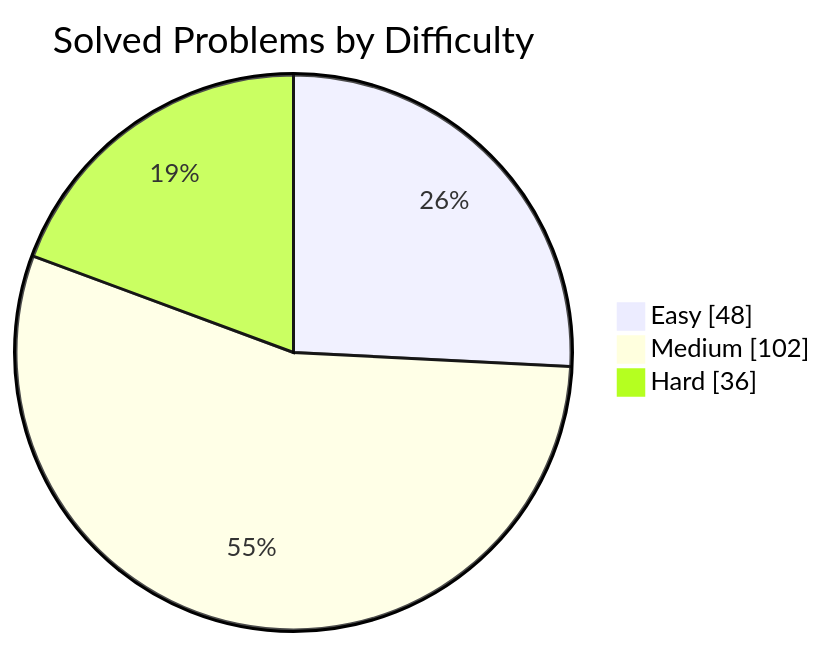
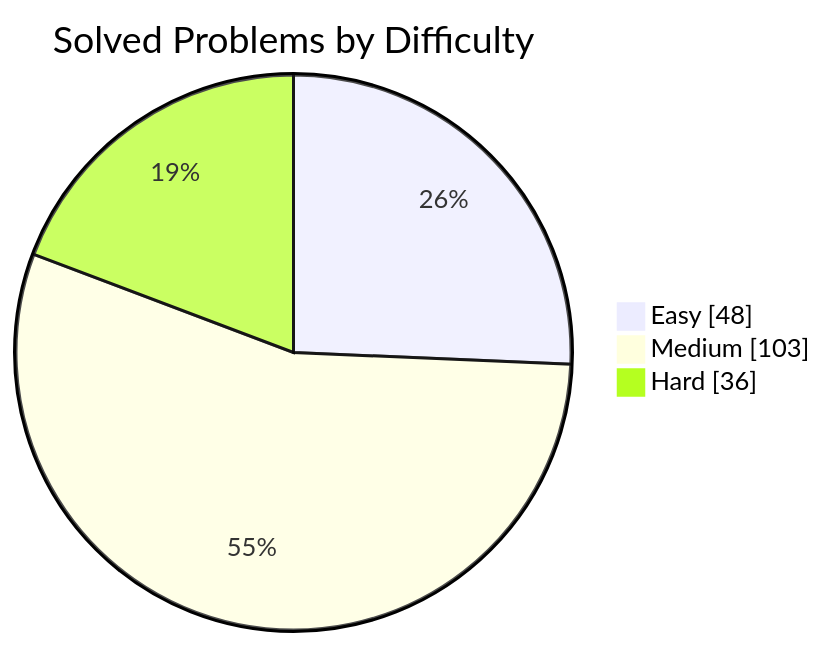
The first of 2 diagrams in README.md (manikantbindass/DSA-Preparation-FAANG), drawn with Mermaid before and after one commit. The commit also changed other lines of this file, not shown here.

````diff
--- a/README.md
+++ b/README.md
@@ -38,7 +38,7 @@
 ```mermaid
 pie showData
     title Solved Problems by Difficulty
     "Easy" : 48
-    "Medium" : 102
+    "Medium" : 103
     "Hard" : 36
 ```
````
